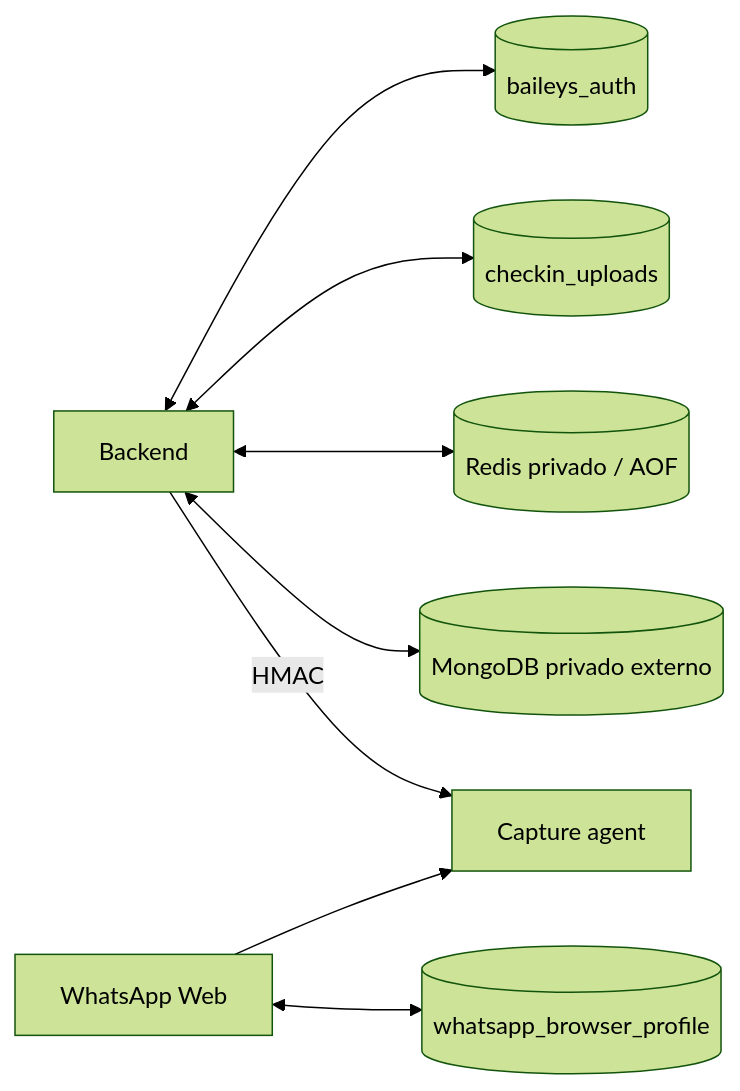
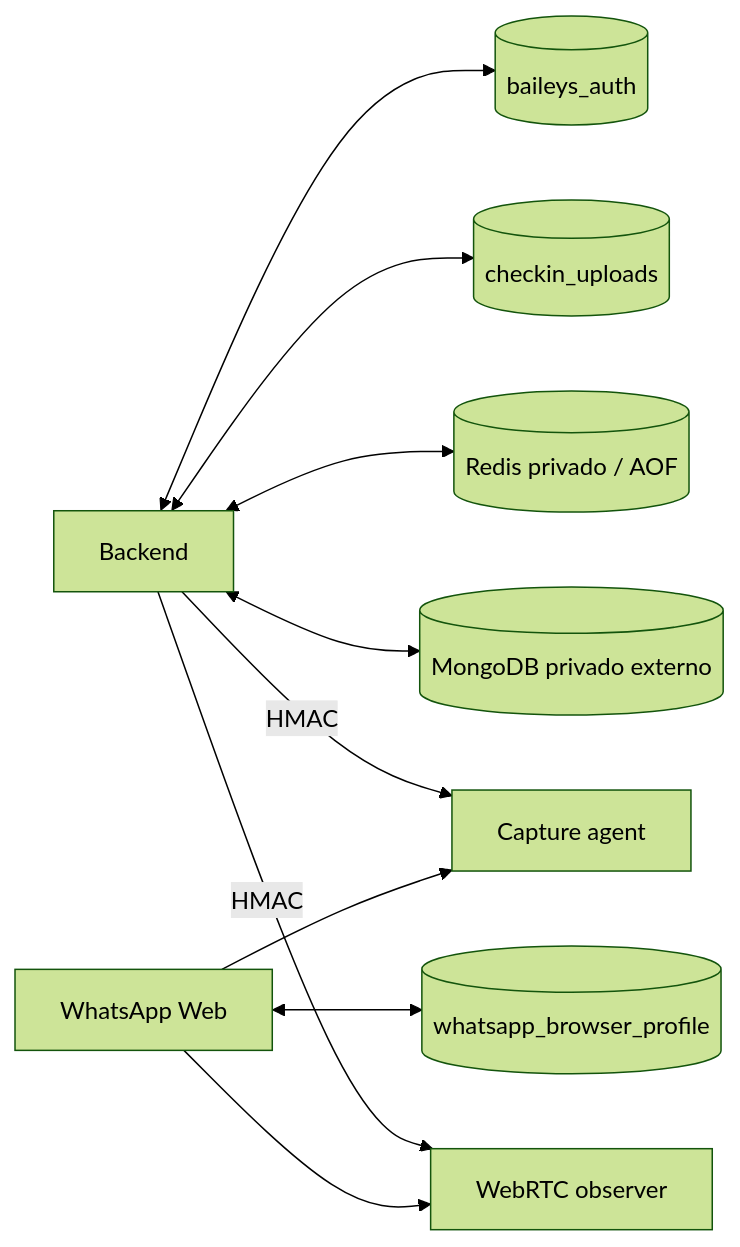
The diagram in docs/operations/docker.md (deco31416/wp-monitor), drawn with Mermaid (forest theme) before and after one commit. The commit also changed other lines of this file and 66 other files, not shown here.

Commit message:
feat: add bounded WebRTC call evidence

````diff
--- a/docs/operations/docker.md
+++ b/docs/operations/docker.md
@@ -91,18 +93,21 @@
 ```mermaid
 flowchart LR
     Backend[Backend]
     Browser[WhatsApp Web]
     Agent[Capture agent]
+    Observer[WebRTC observer]
     Auth[(baileys_auth)]
     Profile[(whatsapp_browser_profile)]
     Uploads[(checkin_uploads)]
     Redis[(Redis privado / AOF)]
     Mongo[(MongoDB privado externo)]
     Backend <--> Auth
     Backend <--> Uploads
     Backend <--> Redis
     Backend <--> Mongo
     Browser <--> Profile
     Browser --> Agent
+    Browser --> Observer
     Backend -->|HMAC| Agent
+    Backend -->|HMAC| Observer
 ```
````
